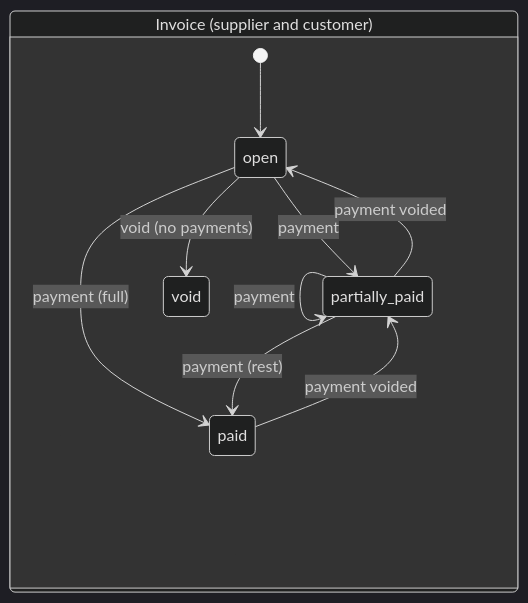
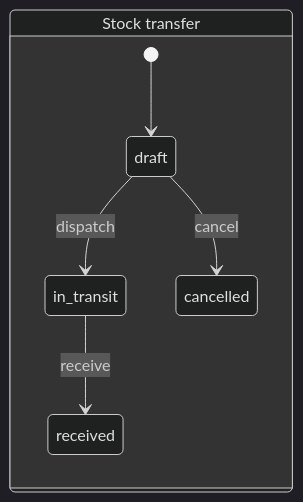
Before and after one commit to Jerolin911/StockFlow: the sixth of 10 diagrams in docs/ARCHITECTURE.md, drawn with Mermaid (dark theme). The commit also changed other lines of this file and 1 other file, not shown here.

Commit message:
Phase 0: remove invoicing and payments from scope

````diff
--- a/docs/ARCHITECTURE.md
+++ b/docs/ARCHITECTURE.md
@@ -166,14 +155,10 @@
 ```mermaid
 stateDiagram-v2
     direction LR
-    state "Invoice (supplier and customer)" as INV {
-        [*] --> open
-        open --> partially_paid : payment
-        partially_paid --> partially_paid : payment
-        open --> paid : payment (full)
-        partially_paid --> paid : payment (rest)
-        paid --> partially_paid : payment voided
-        partially_paid --> open : payment voided
-        open --> void : void (no payments)
+    state "Stock transfer" as TRF {
+        [*] --> draft
+        draft --> in_transit : dispatch
+        in_transit --> received : receive
+        draft --> cancelled : cancel
     }
 ```
````
